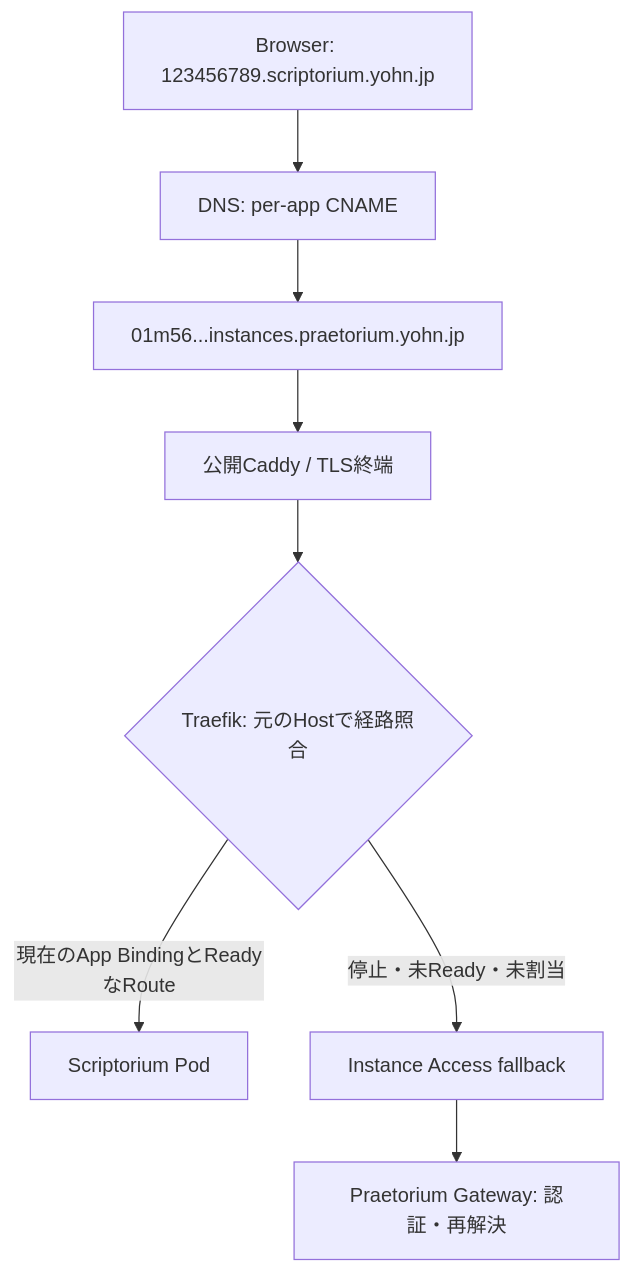
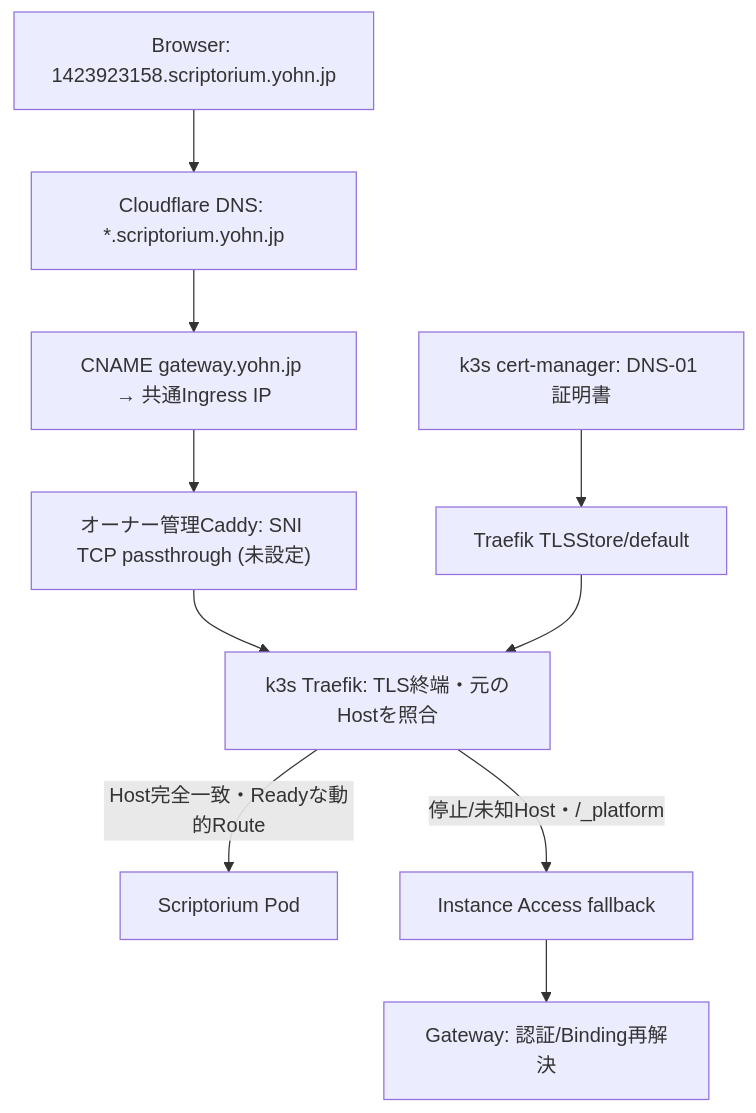
The first of 4 diagrams in docs/architecture/APPLICATION-ORIGINS.md (yohn-jp/praetorium), drawn with Mermaid before and after one commit. The commit also changed other lines of this file and 4 other files, not shown here.

````diff
--- a/docs/architecture/APPLICATION-ORIGINS.md
+++ b/docs/architecture/APPLICATION-ORIGINS.md
@@ -53,10 +47,12 @@
 ```mermaid
 flowchart TD
-    U["Browser: 123456789.scriptorium.yohn.jp"] --> D["DNS: per-app CNAME"]
-    D --> T["01m56...instances.praetorium.yohn.jp"]
-    T --> E["公開Caddy / TLS終端"]
-    E --> R{"Traefik: 元のHostで経路照合"}
-    R -->|現在のApp BindingとReadyなRoute| S["Scriptorium Pod"]
-    R -->|停止・未Ready・未割当| F["Instance Access fallback"]
-    F --> G["Praetorium Gateway: 認証・再解決"]
+    U["Browser: 1423923158.scriptorium.yohn.jp"] --> D["Cloudflare DNS: *.scriptorium.yohn.jp"]
+    D --> G["CNAME gateway.yohn.jp → 共通Ingress IP"]
+    G --> C["オーナー管理Caddy: SNI TCP passthrough (未設定)"]
+    C --> T["k3s Traefik: TLS終端・元のHostを照合"]
+    CM["k3s cert-manager: DNS-01 証明書"] --> TS["Traefik TLSStore/default"]
+    TS --> T
+    T -->|Host完全一致・Readyな動的Route| P["Scriptorium Pod"]
+    T -->|停止/未知Host・/_platform| IA["Instance Access fallback"]
+    IA --> CP["Gateway: 認証/Binding再解決"]
 ```
````
